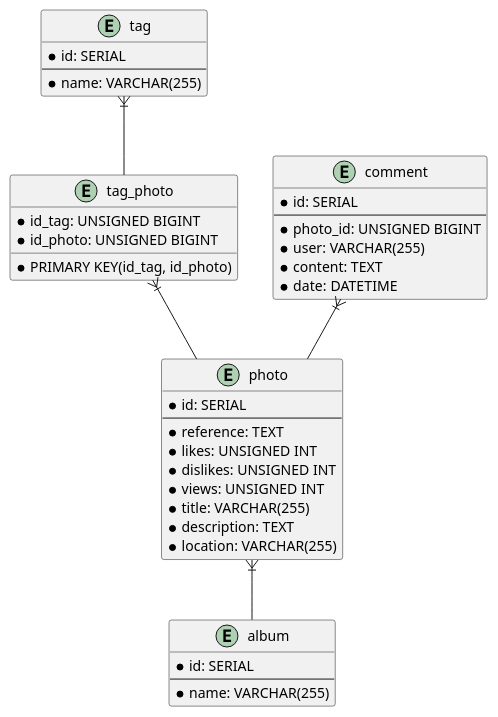
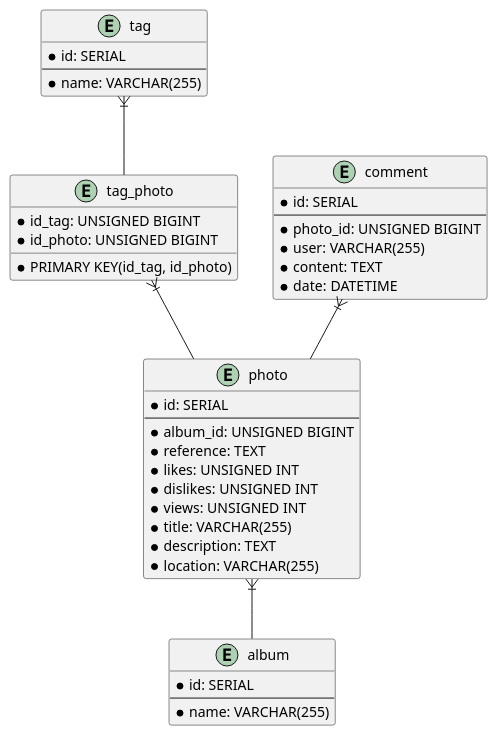
Before and after one commit to kubaczak/galeriaPAI: the diagram in docs/Fizyczny.puml, drawn with PlantUML.

```diff
--- a/docs/Fizyczny.puml
+++ b/docs/Fizyczny.puml
@@ -1,46 +1,47 @@
 @startuml fizyczny
 entity album{
   * id: SERIAL
   --
   * name: VARCHAR(255)
 }
 
 entity photo{
   * id: SERIAL
   --
+  * album_id: UNSIGNED BIGINT
   * reference: TEXT
   * likes: UNSIGNED INT
   * dislikes: UNSIGNED INT
   * views: UNSIGNED INT
   * title: VARCHAR(255)
   * description: TEXT
   * location: VARCHAR(255)
 }
 
 entity tag{
   * id: SERIAL
   --
   * name: VARCHAR(255)
 }
 
 entity tag_photo{
   * PRIMARY KEY(id_tag, id_photo)
   * id_tag: UNSIGNED BIGINT
   * id_photo: UNSIGNED BIGINT
 }
 
 entity comment{
   * id: SERIAL
   --
   * photo_id: UNSIGNED BIGINT
   * user: VARCHAR(255)
   * content: TEXT
   * date: DATETIME
 }
 
 
 photo }|-- album
 comment }|-- photo
 tag_photo }|-- photo
 tag }|-- tag_photo
 @enduml
```
